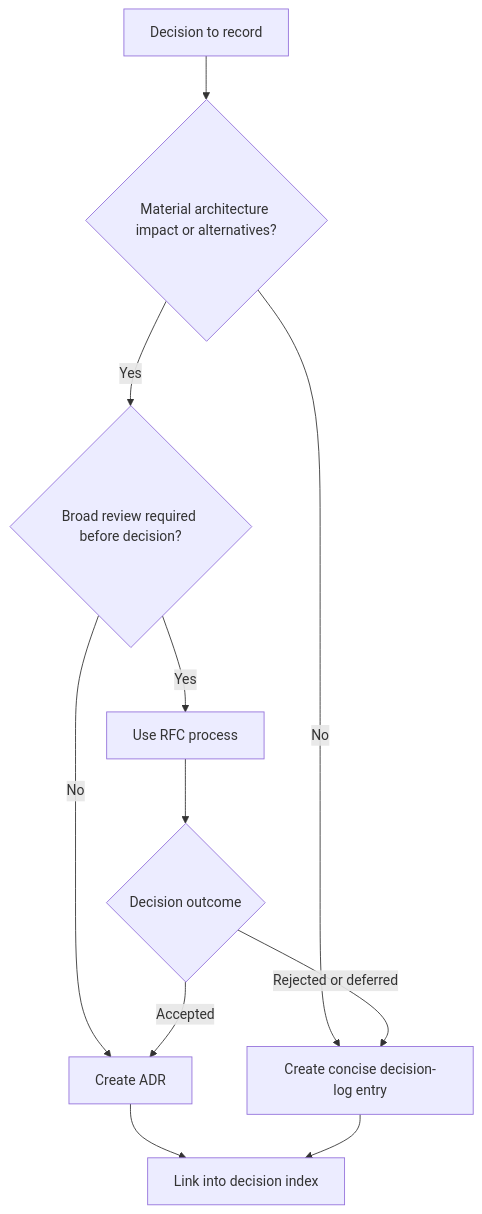
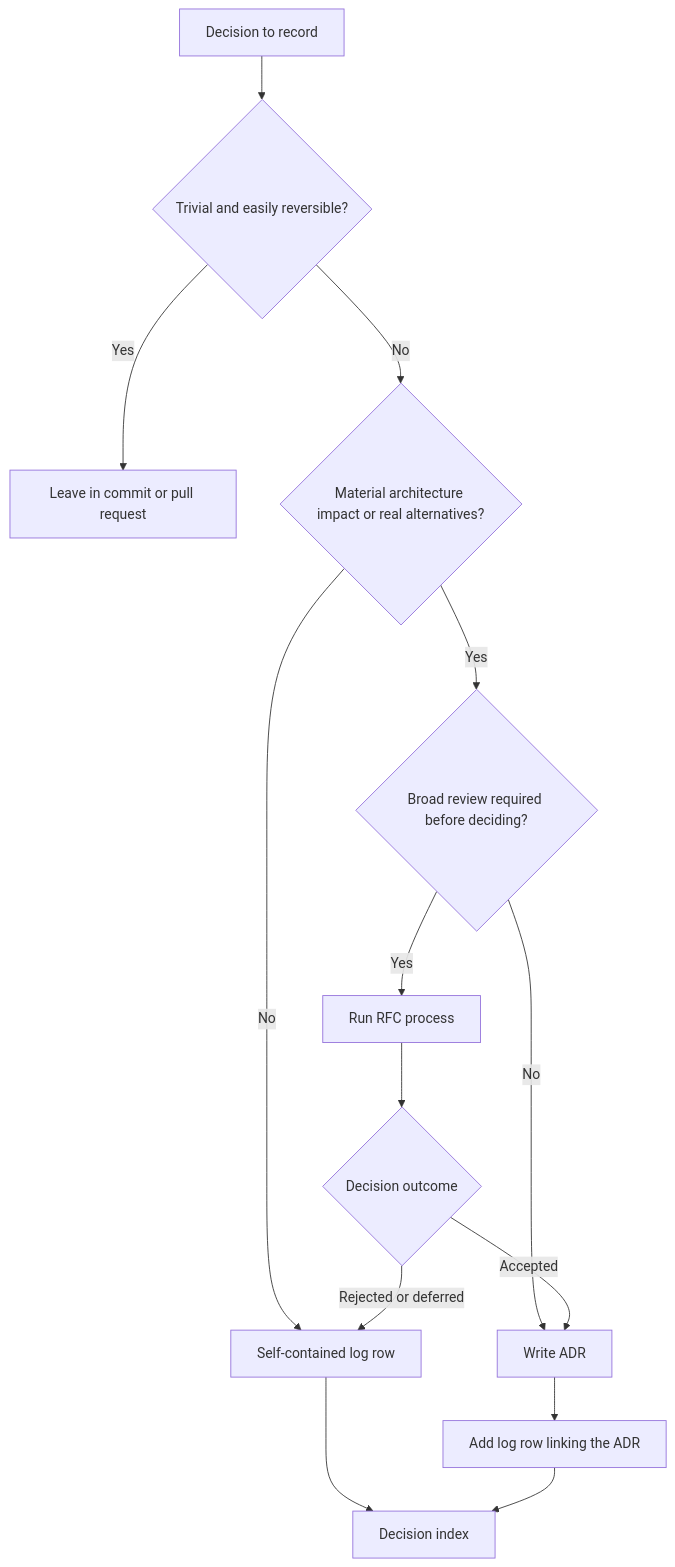
One commit to joydasss/Architect changed the fifth of 8 diagrams in 21_Architecture_Documentation/CH10_Decision_Logs.md. Above: the diagram before and after it, drawn with Mermaid. The commit also changed other lines of this file and 22 other files, not shown here.

Commit message:
Architecture changes

````diff
--- a/21_Architecture_Documentation/CH10_Decision_Logs.md
+++ b/21_Architecture_Documentation/CH10_Decision_Logs.md
@@ -27,13 +215,16 @@
 ```mermaid
 flowchart TD
-    Decision[Decision to record] --> Impact{Material architecture impact or alternatives?}
-    Impact -->|No| Log[Create concise decision-log entry]
-    Impact -->|Yes| Review{Broad review required before decision?}
-    Review -->|Yes| RFC[Use RFC process]
-    Review -->|No| ADR[Create ADR]
+    Decision[Decision to record] --> Trivial{Trivial and easily reversible?}
+    Trivial -->|Yes| Code[Leave in commit or pull request]
+    Trivial -->|No| Impact{Material architecture impact or real alternatives?}
+    Impact -->|No| Log[Self-contained log row]
+    Impact -->|Yes| Review{Broad review required before deciding?}
+    Review -->|Yes| RFC[Run RFC process]
+    Review -->|No| ADR[Write ADR]
     RFC --> Outcome{Decision outcome}
     Outcome -->|Accepted| ADR
     Outcome -->|Rejected or deferred| Log
-    ADR --> Index[Link into decision index]
-    Log --> Index
+    ADR --> Row[Add log row linking the ADR]
+    Log --> Index[Decision index]
+    Row --> Index
 ```
````
